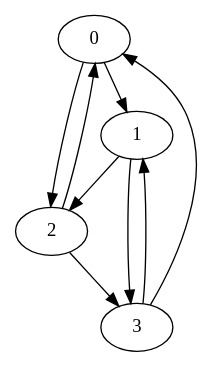
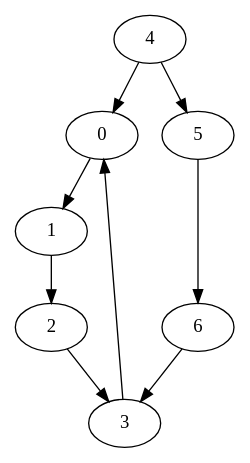
One commit to nitishcseiit/code changed the diagram in Diameter/theInputGraph.gv. Above: the diagram before and after it, drawn with Graphviz. The commit also changed 7 other files, not shown here.

```diff
--- a/Diameter/theInputGraph.gv
+++ b/Diameter/theInputGraph.gv
@@ -1,10 +1,10 @@
 digraph G1 {
 0 -> 1;
-0 -> 2;
 1 -> 2;
-1 -> 3;
-2 -> 0;
 2 -> 3;
-3 -> 1;
 3 -> 0;
+4 -> 0;
+4 -> 5;
+5 -> 6;
+6 -> 3;
 }
```
